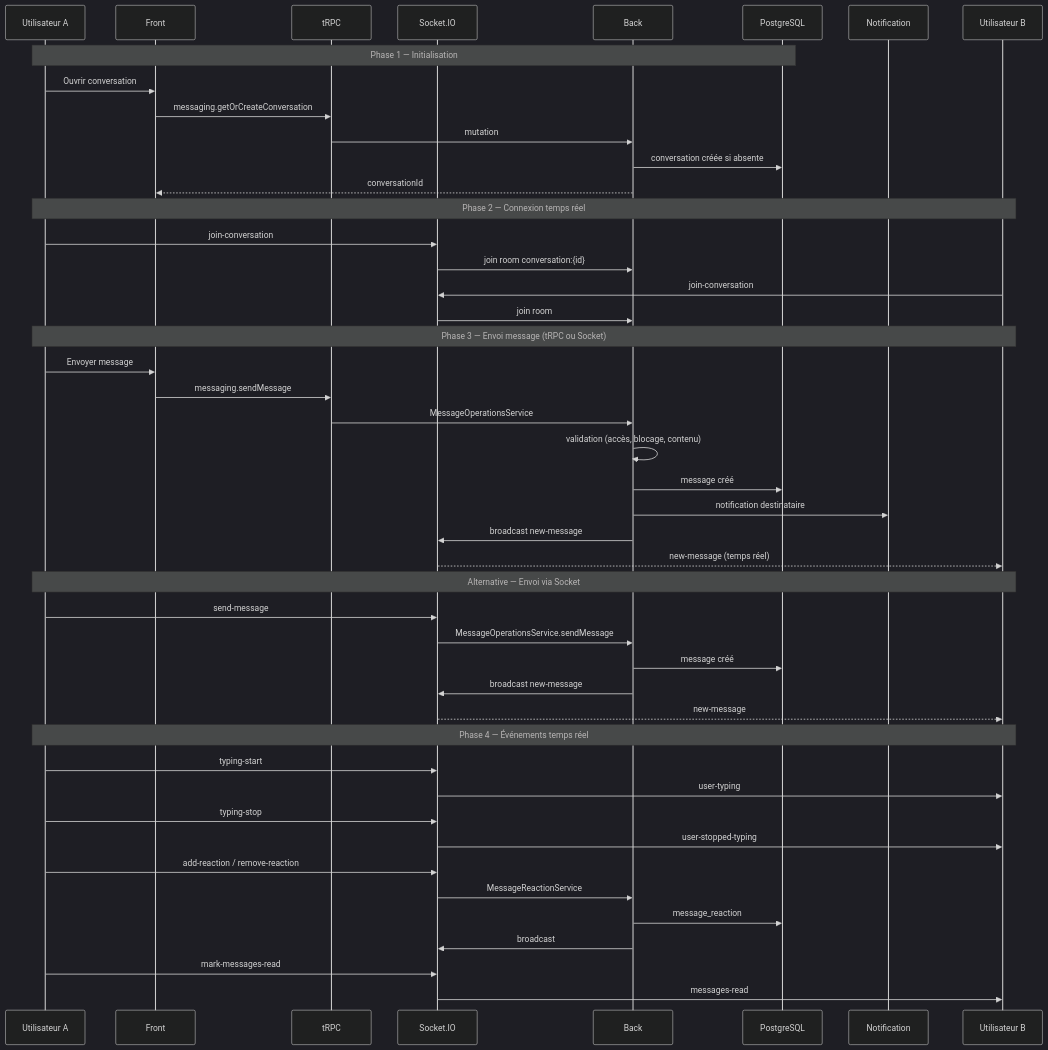
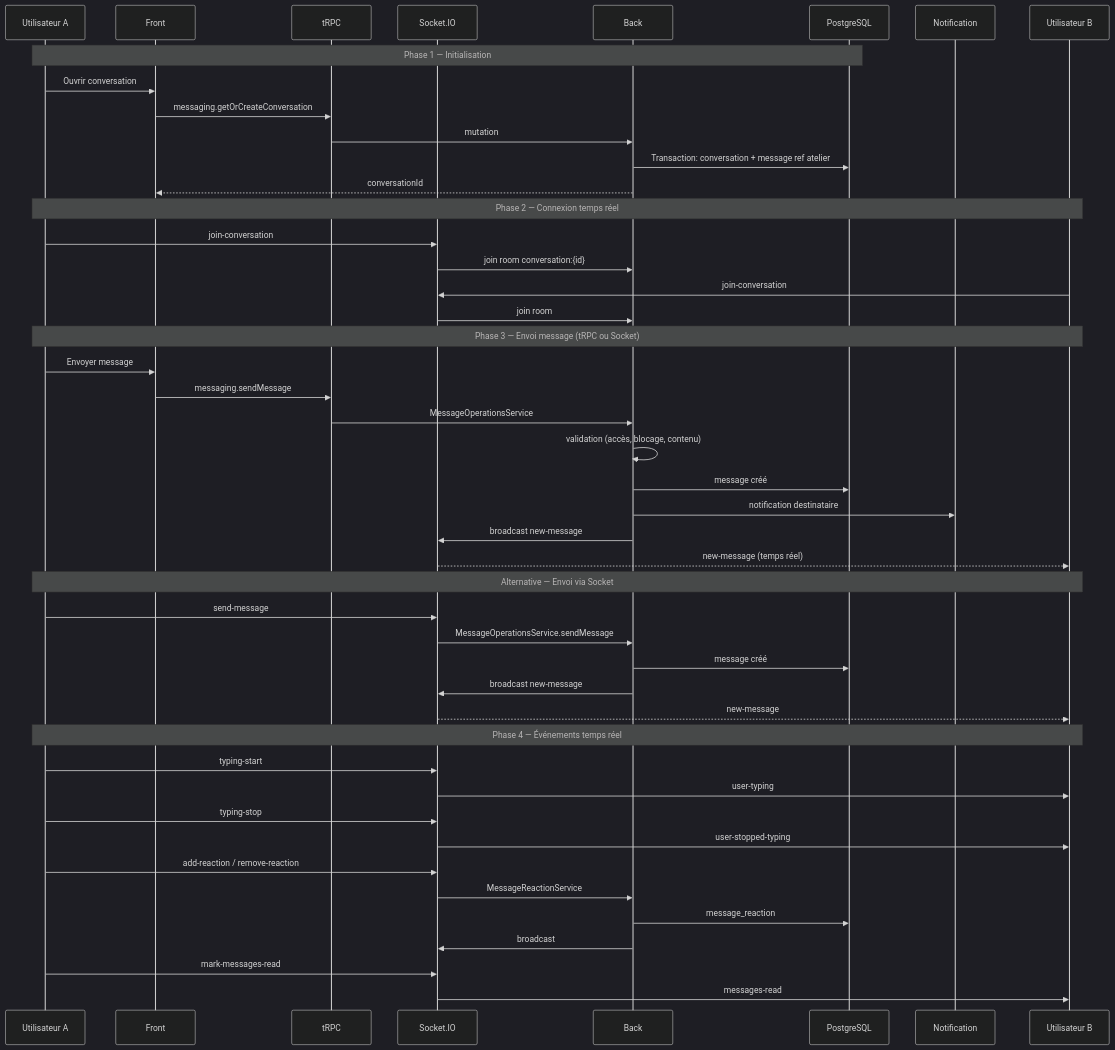
Before and after one commit to alice-444/ls_app: diagram 16 of 24 in docs/architecture.md, drawn with Mermaid (dark theme). The commit also changed other lines of this file and 8 other files, not shown here.

Commit message:
docs: update application structure and documentation to reflect unified app architecture, including shared components and deployment details

````diff
--- a/docs/architecture.md
+++ b/docs/architecture.md
@@ -608,53 +587,53 @@
 ```mermaid
 sequenceDiagram
   participant A as Utilisateur A
   participant F as Front
   participant T as tRPC
   participant S as Socket.IO
   participant B as Back
   participant DB as PostgreSQL
   participant N as Notification
   participant B2 as Utilisateur B
 
   Note over A,DB: Phase 1 — Initialisation
   A->>F: Ouvrir conversation
   F->>T: messaging.getOrCreateConversation
   T->>B: mutation
-  B->>DB: conversation créée si absente
+  B->>DB: Transaction: conversation + message ref atelier
   B-->>F: conversationId
 
   Note over A,B2: Phase 2 — Connexion temps réel
   A->>S: join-conversation
   S->>B: join room conversation:{id}
   B2->>S: join-conversation
   S->>B: join room
 
   Note over A,B2: Phase 3 — Envoi message (tRPC ou Socket)
   A->>F: Envoyer message
   F->>T: messaging.sendMessage
   T->>B: MessageOperationsService
   B->>B: validation (accès, blocage, contenu)
   B->>DB: message créé
   B->>N: notification destinataire
   B->>S: broadcast new-message
   S-->>B2: new-message (temps réel)
 
   Note over A,B2: Alternative — Envoi via Socket
   A->>S: send-message
   S->>B: MessageOperationsService.sendMessage
   B->>DB: message créé
   B->>S: broadcast new-message
   S-->>B2: new-message
 
   Note over A,B2: Phase 4 — Événements temps réel
   A->>S: typing-start
   S->>B2: user-typing
   A->>S: typing-stop
   S->>B2: user-stopped-typing
   A->>S: add-reaction / remove-reaction
   S->>B: MessageReactionService
   B->>DB: message_reaction
   B->>S: broadcast
   A->>S: mark-messages-read
   S->>B2: messages-read
 ```
````
